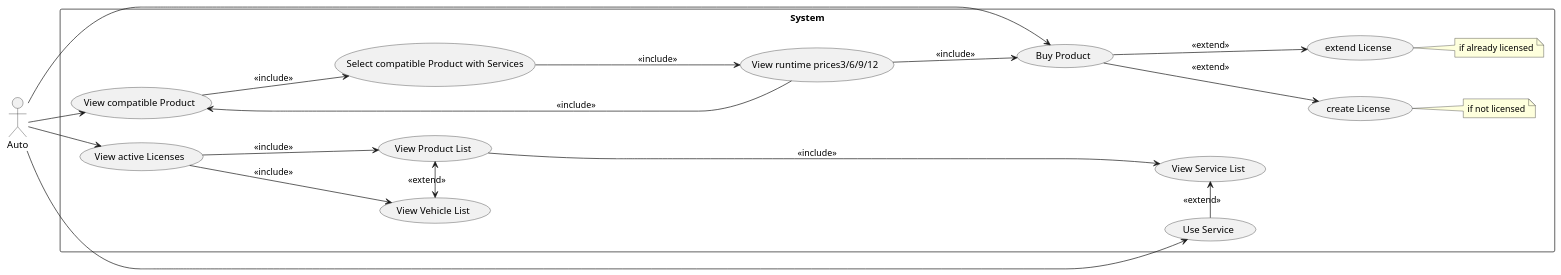
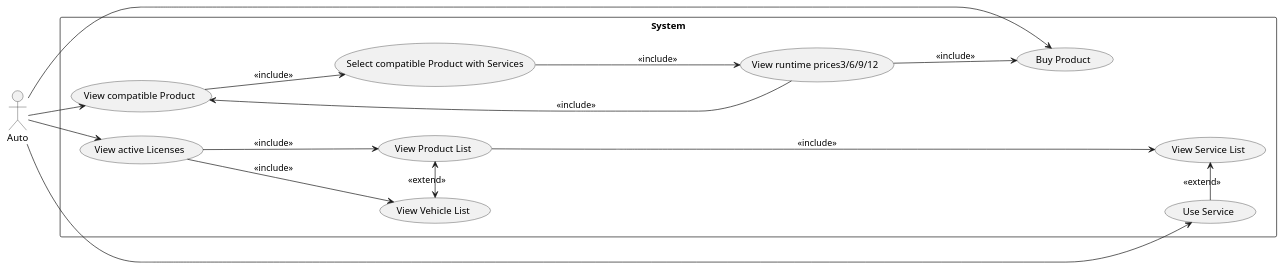
The diagram in use case.puml (ljbg1996/car-backend), drawn with PlantUML before and after one commit. The commit also changed 1 other file, not shown here.

Commit message:
1.1.2 delete license

```diff
--- a/use case.puml
+++ b/use case.puml
@@ -1,32 +1,28 @@
 @startuml
 left to right direction
 
 actor "Auto" as at
 rectangle System{
 
 
 
 (View compatible Product) ---> (Select compatible Product with Services): <<include>>
 (Select compatible Product with Services) ----> (View runtime prices3/6/9/12): <<include>>
-(Buy Product) ---> (extend License) : <<extend>>
-(Buy Product) ---> (create License) : <<extend>>
-note right of (create License) : if not licensed
-note right of (extend License)
-if already licensed
-end note
+
+
 
 (View runtime prices3/6/9/12) ---> (Buy Product) : << include>>
 (View runtime prices3/6/9/12) -----> (View compatible Product) : <<include>>
 
 (View active Licenses) ---> (View Vehicle List): <<include>>
 (View active Licenses) -> (View Product List): <<include>>
 (View Vehicle List) <-> (View Product List): <<extend>>
 (View Product List) -------> (View Service List): <<include>>
 (View Service List) <- (Use Service): <<extend>>
 }
 
 at --> (View compatible Product)
 at --> (Buy Product)
 at -> (View active Licenses)
 at ----------> (Use Service)
 @enduml
```
